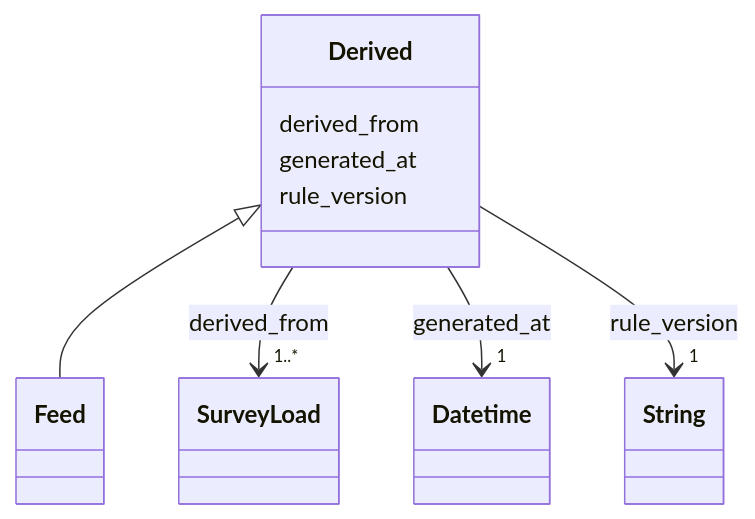
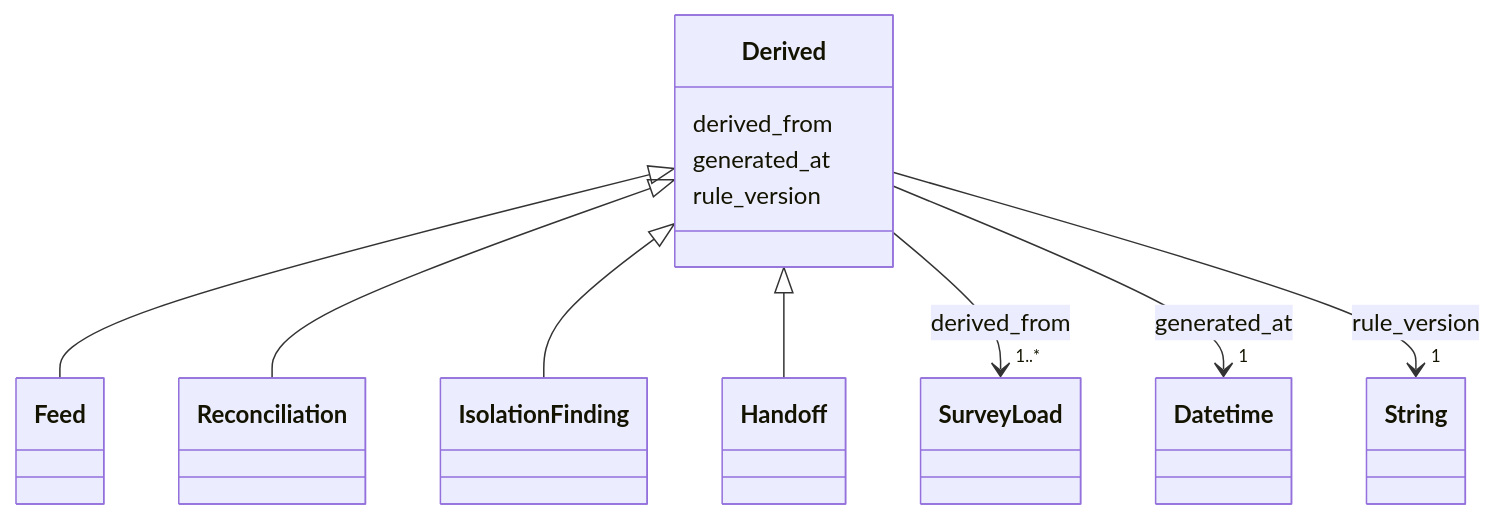
Before and after one commit to aerogyu/En-genius-Tool-Ontology: the diagram in schema/generated/docs/Derived.md, drawn with Mermaid. The commit also changed other lines of this file and 65 other files, not shown here.

````diff
--- a/schema/generated/docs/Derived.md
+++ b/schema/generated/docs/Derived.md
@@ -23,42 +23,48 @@
 ```mermaid
  classDiagram
     class Derived
     click Derived href "../Derived/"
       Derived <|-- Feed
         click Feed href "../Feed/"
+      Derived <|-- Reconciliation
+        click Reconciliation href "../Reconciliation/"
+      Derived <|-- IsolationFinding
+        click IsolationFinding href "../IsolationFinding/"
+      Derived <|-- Handoff
+        click Handoff href "../Handoff/"
       
       Derived : derived_from
         
           
     
         
         
         Derived --> "1..*" SurveyLoad : derived_from
         click SurveyLoad href "../SurveyLoad/"
     
 
         
       Derived : generated_at
         
           
     
         
         
         Derived --> "1" Datetime : generated_at
         click Datetime href "../http://www.w3.org/2001/XMLSchema#dateTime/"
     
 
         
       Derived : rule_version
         
           
     
         
         
         Derived --> "1" String : rule_version
         click String href "../http://www.w3.org/2001/XMLSchema#string/"
     
 
         
       
 ```
````
